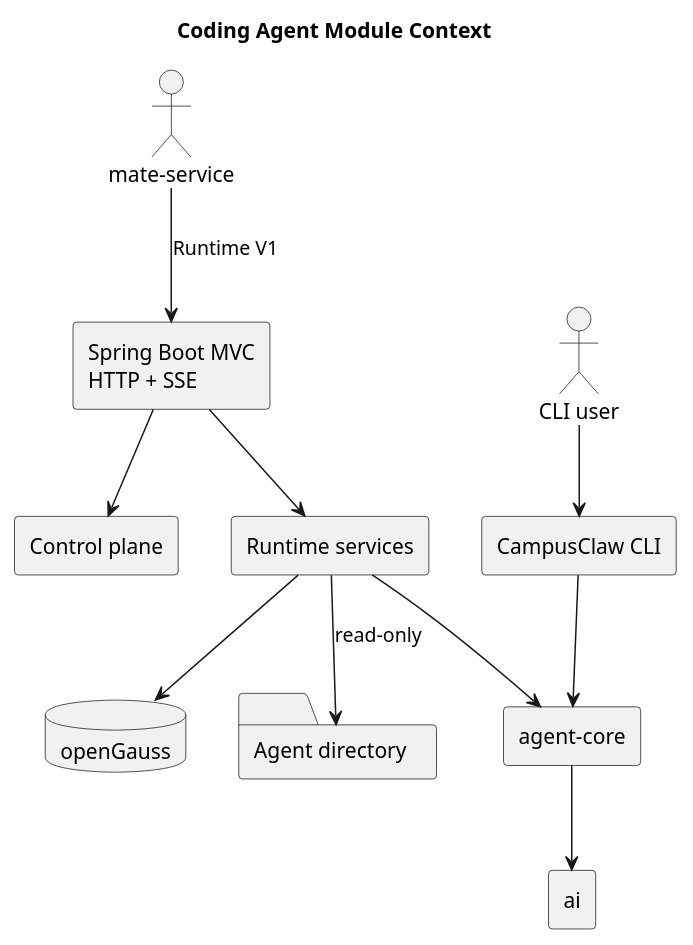
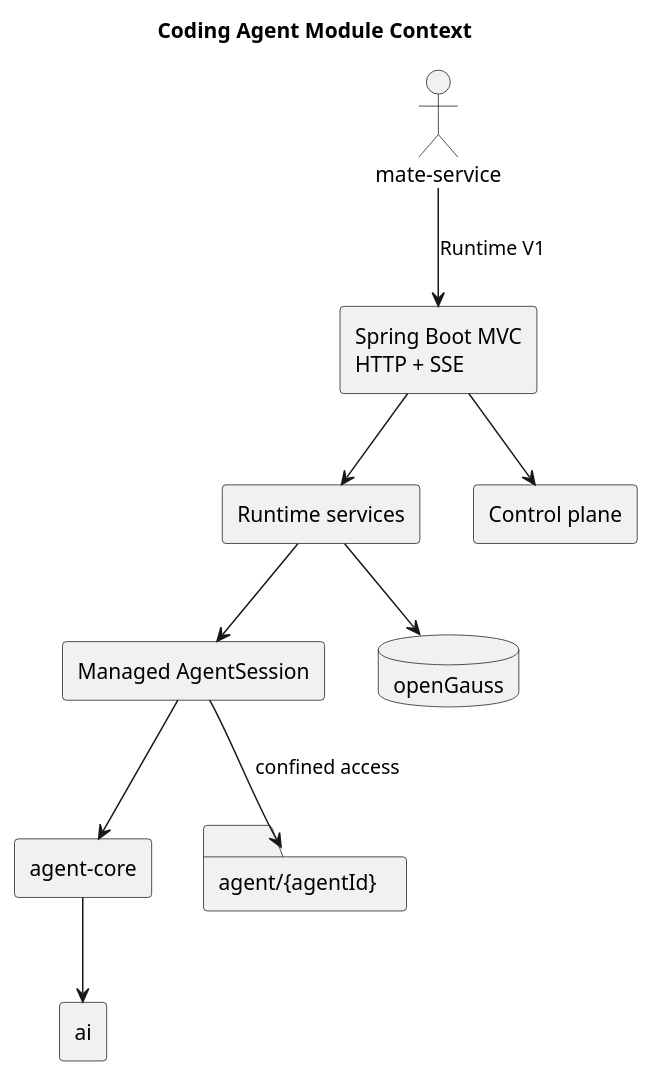
One commit to 2862282695gjh-afk/pi-mono-java changed the first of 2 diagrams in docs/designs/coding-agent-cli/diagram.puml. Above: the diagram before and after it, drawn with PlantUML. The commit also changed other lines of this file and 889 other files, not shown here.

```diff
--- a/docs/designs/coding-agent-cli/diagram.puml
+++ b/docs/designs/coding-agent-cli/diagram.puml
@@ -1,30 +1,30 @@
 @startuml module-context
 title Coding Agent Module Context
 skinparam componentStyle rectangle
 
-' Source evidence baseline: origin/main commit 3d9b9c55569486f024d6a507ce004101a56dee3f.
+' Source evidence baseline: CampusClaw commit d649866a6cae967ace18ceaeb9597edd47e5721e.
 ' Source: modules/coding-agent-cli/src/main/java/com/campusclaw/codingagent/CampusClawApplication.java, CampusClawApplication#main.
 ' Source: modules/coding-agent-cli/src/main/java/com/campusclaw/codingagent/runtimeapi/web/RuntimeEventController.java.
-' Observed behavior: the default process is a Spring MVC HTTP service; CLI is an explicit subcommand.
+' Observed behavior: the baseline process supported a Spring MVC service and an explicit CLI subcommand.
+' Architecture change: the target process exposes only the Spring MVC managed Agent service.
+' Design reason: CampusClaw is a ToB service and no longer has an interactive CLI product entry point.
 
 actor "mate-service" as Mate
-actor "CLI user" as CliUser
 component "Spring Boot MVC\nHTTP + SSE" as Http
-component "CampusClaw CLI" as Cli
 component "Runtime services" as Runtime
 component "Control plane" as Control
+component "Managed AgentSession" as Session
 component "agent-core" as AgentCore
 component "ai" as Ai
 database "openGauss" as Db
-folder "Agent directory" as AgentDir
+folder "agent/{agentId}" as AgentDir
 
 Mate --> Http : Runtime V1
 Http --> Runtime
 Http --> Control
-Runtime --> AgentCore
 Runtime --> Db
-Runtime --> AgentDir : read-only
+Runtime --> Session
+Session --> AgentCore
+Session --> AgentDir : confined access
 AgentCore --> Ai
-CliUser --> Cli
-Cli --> AgentCore
 @enduml
```
